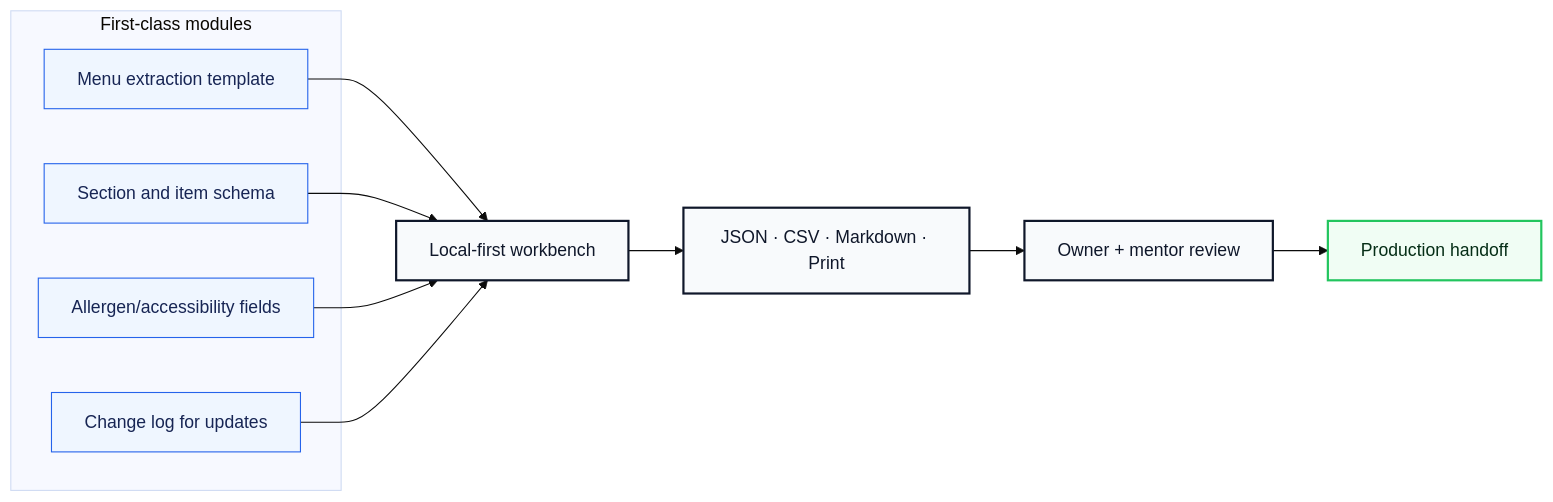
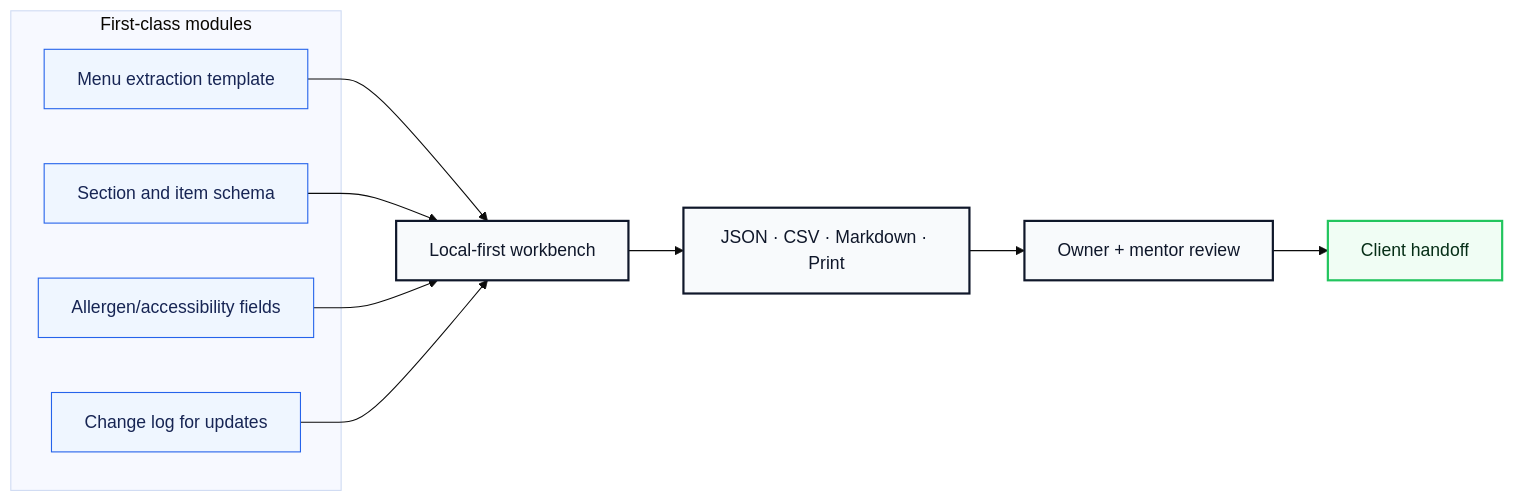
The second of 3 diagrams in README.md (volta-npo/menu-to-web), drawn with Mermaid (base theme) before and after one commit. The commit also changed other lines of this file and 28 other files, not shown here.

````diff
--- a/README.md
+++ b/README.md
@@ -64,23 +64,23 @@
 ```mermaid
 flowchart LR
     subgraph Modules["First-class modules"]
         M1["Menu extraction template"]
         M2["Section and item schema"]
         M3["Allergen/accessibility fields"]
         M4["Change log for updates"]
     end
     M1 --> Workbench
     M2 --> Workbench
     M3 --> Workbench
     M4 --> Workbench
     Workbench["Local-first workbench"] --> Exports["JSON · CSV · Markdown · Print"]
     Exports --> Review["Owner + mentor review"]
-    Review --> Launch["Production handoff"]
+    Review --> Launch["Client handoff"]
 
     classDef module fill:#eff6ff,stroke:#2563eb,color:#172554;
     classDef app fill:#f8fafc,stroke:#0f172a,color:#0f172a,stroke-width:2px;
     classDef launch fill:#f0fdf4,stroke:#22c55e,color:#052e16,stroke-width:2px;
     class M1,M2,M3,M4 module;
     class Workbench,Exports,Review app;
     class Launch launch;
 ```
````
